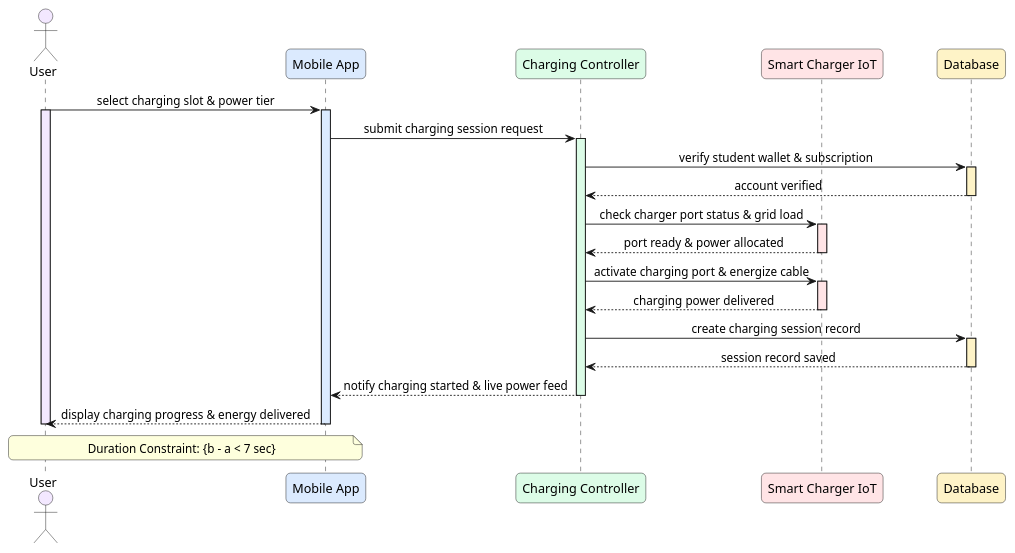
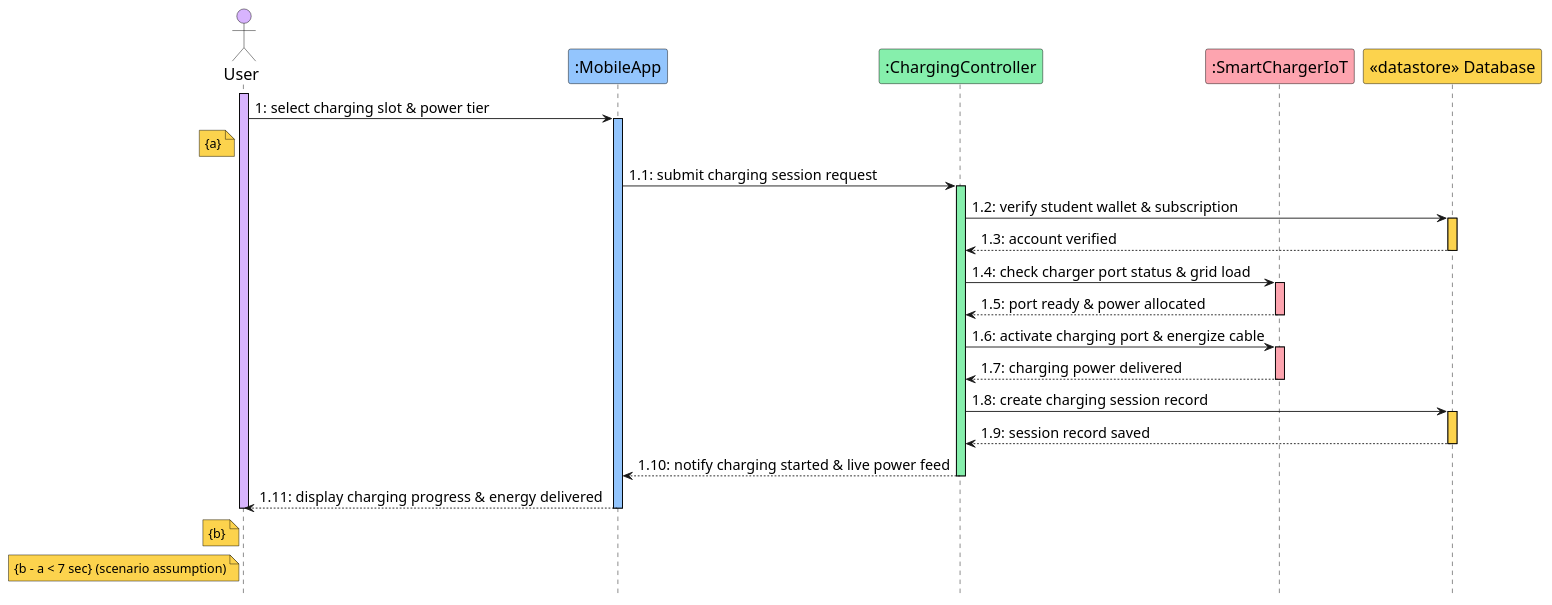
The seventh of 14 diagrams in 01_Diagram/02_Sequence_Diagram/PLANTUML_SEQUENCE.md (YdtTran/software-engineerning), drawn with PlantUML before and after one commit. The commit also changed other lines of this file and 217 other files, not shown here.

````diff
--- a/01_Diagram/02_Sequence_Diagram/PLANTUML_SEQUENCE.md
+++ b/01_Diagram/02_Sequence_Diagram/PLANTUML_SEQUENCE.md
@@ -316,55 +349,60 @@
 ```plantuml
 @startuml
-skinparam sequenceMessageAlign center
-skinparam responseMessageBelowArrow false
-skinparam roundcorner 10
-skinparam ParticipantPadding 25
-skinparam BoxPadding 15
-
-actor "User" as User #f3e8ff
-participant "Mobile App" as App #dbeafe
-participant "Charging Controller" as Ctrl #dcfce7
-participant "Smart Charger IoT" as Charger #ffe4e6
-participant "Database" as DB #fef3c7
-
-User -> App: select charging slot & power tier
-activate User #f3e8ff
-activate App #dbeafe
-
-App -> Ctrl: submit charging session request
-activate Ctrl #dcfce7
-
-Ctrl -> DB: verify student wallet & subscription
-activate DB #fef3c7
-
-DB --> Ctrl: account verified
-deactivate DB
-
-Ctrl -> Charger: check charger port status & grid load
-activate Charger #ffe4e6
-
-Charger --> Ctrl: port ready & power allocated
-deactivate Charger
-
-Ctrl -> Charger: activate charging port & energize cable
-activate Charger #ffe4e6
-
-Charger --> Ctrl: charging power delivered
-deactivate Charger
-
-Ctrl -> DB: create charging session record
-activate DB #fef3c7
-
-DB --> Ctrl: session record saved
-deactivate DB
-
-Ctrl --> App: notify charging started & live power feed
-deactivate Ctrl
-
-App --> User: display charging progress & energy delivered
-deactivate App
-deactivate User
-
-note over User, App: Duration Constraint: {b - a < 7 sec}
+hide footbox
+skinparam backgroundColor #ffffff
+skinparam defaultFontName Segoe UI
+skinparam defaultFontColor #000000
+skinparam defaultFontSize 16
+skinparam sequence {
+  ParticipantBorderColor #000000
+  ParticipantFontColor #000000
+  ParticipantFontSize 18
+  ActorBorderColor #000000
+  ActorFontColor #000000
+  ActorFontSize 18
+  LifeLineBorderColor #000000
+}
+skinparam ArrowFontColor #000000
+skinparam ArrowFontSize 16
+skinparam noteFontColor #000000
+skinparam noteFontSize 14
+skinparam noteBorderColor #000000
+skinparam noteBackgroundColor #fcd34d
+skinparam titleFontColor #000000
+skinparam titleFontSize 22
+actor "User" as P0 #d8b4fe
+participant ":MobileApp" as P1 #93c5fd
+participant ":ChargingController" as P2 #86efac
+participant ":SmartChargerIoT" as P3 #fda4af
+participant "<<datastore>> Database" as P4 #fcd34d
+activate P0 #d8b4fe
+P0->P1: 1: select charging slot & power tier
+activate P1 #93c5fd
+note left of P0: {a}
+P1->P2: 1.1: submit charging session request
+activate P2 #86efac
+P2->P4: 1.2: verify student wallet & subscription
+activate P4 #fcd34d
+P4-->P2: 1.3: account verified
+deactivate P4
+P2->P3: 1.4: check charger port status & grid load
+activate P3 #fda4af
+P3-->P2: 1.5: port ready & power allocated
+deactivate P3
+P2->P3: 1.6: activate charging port & energize cable
+activate P3 #fda4af
+P3-->P2: 1.7: charging power delivered
+deactivate P3
+P2->P4: 1.8: create charging session record
+activate P4 #fcd34d
+P4-->P2: 1.9: session record saved
+deactivate P4
+P2-->P1: 1.10: notify charging started & live power feed
+deactivate P2
+P1-->P0: 1.11: display charging progress & energy delivered
+note left of P0: {b}
+deactivate P0
+deactivate P1
+note left of P0: {b - a < 7 sec} (scenario assumption)
 @enduml
 ```
````
